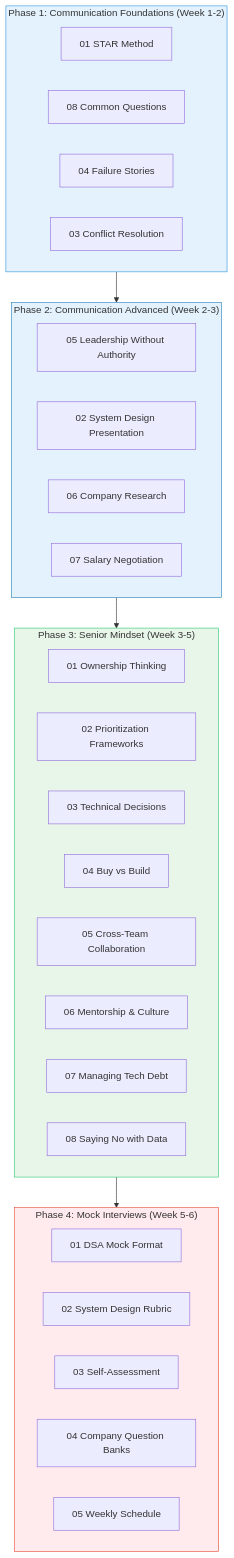
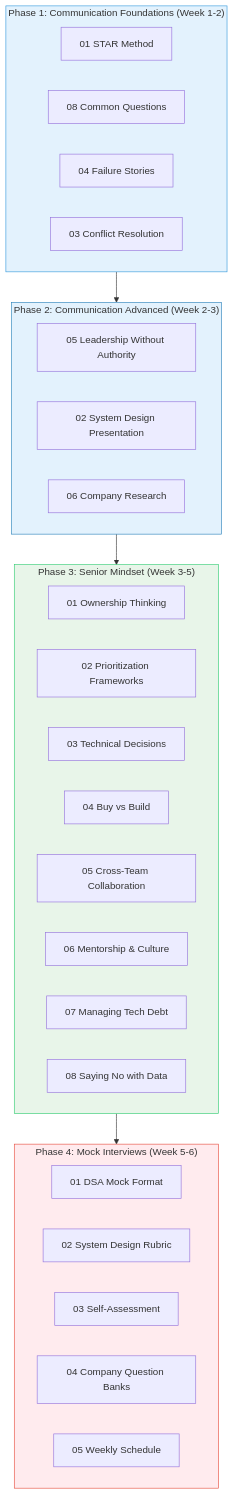
Before and after one commit to thearpitanand/interview-prep-guide: the third of 3 diagrams in 04-behavioral/00-README.md, drawn with Mermaid. The commit also changed other lines of this file and 133 other files, not shown here.

````diff
--- a/04-behavioral/00-README.md
+++ b/04-behavioral/00-README.md
@@ -139,42 +136,41 @@
 ```mermaid
 flowchart TD
     subgraph Phase1["Phase 1: Communication Foundations (Week 1-2)"]
         C1["01 STAR Method"]
         C2["08 Common Questions"]
         C3["04 Failure Stories"]
         C4["03 Conflict Resolution"]
     end
 
     subgraph Phase2["Phase 2: Communication Advanced (Week 2-3)"]
         C5["05 Leadership Without Authority"]
         C6["02 System Design Presentation"]
         C7["06 Company Research"]
-        C8["07 Salary Negotiation"]
     end
 
     subgraph Phase3["Phase 3: Senior Mindset (Week 3-5)"]
         S1["01 Ownership Thinking"]
         S2["02 Prioritization Frameworks"]
         S3["03 Technical Decisions"]
         S4["04 Buy vs Build"]
         S5["05 Cross-Team Collaboration"]
         S6["06 Mentorship & Culture"]
         S7["07 Managing Tech Debt"]
         S8["08 Saying No with Data"]
     end
 
     subgraph Phase4["Phase 4: Mock Interviews (Week 5-6)"]
         M1["01 DSA Mock Format"]
         M2["02 System Design Rubric"]
         M3["03 Self-Assessment"]
         M4["04 Company Question Banks"]
         M5["05 Weekly Schedule"]
     end
 
     Phase1 --> Phase2 --> Phase3 --> Phase4
 
     style Phase1 fill:#E3F2FD,stroke:#3498db
     style Phase2 fill:#E3F2FD,stroke:#2980b9
     style Phase3 fill:#E8F5E9,stroke:#2ecc71
     style Phase4 fill:#FFEBEE,stroke:#e74c3c
 ```
````
